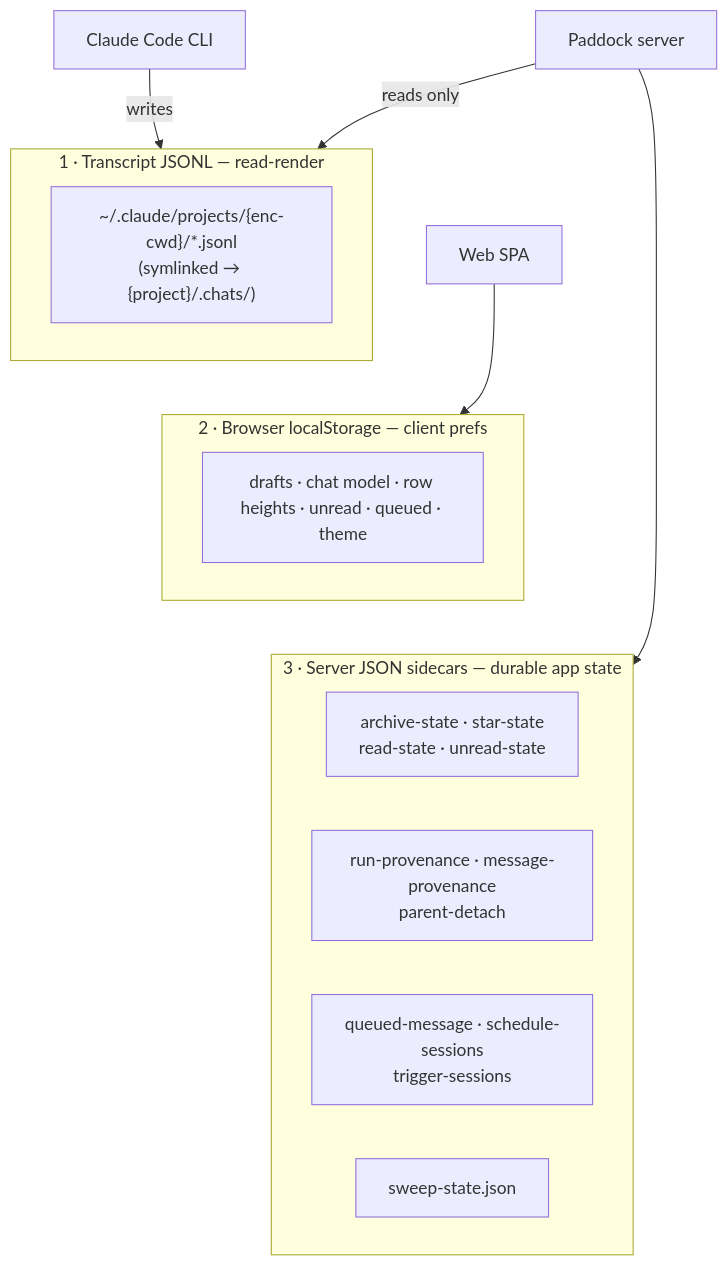
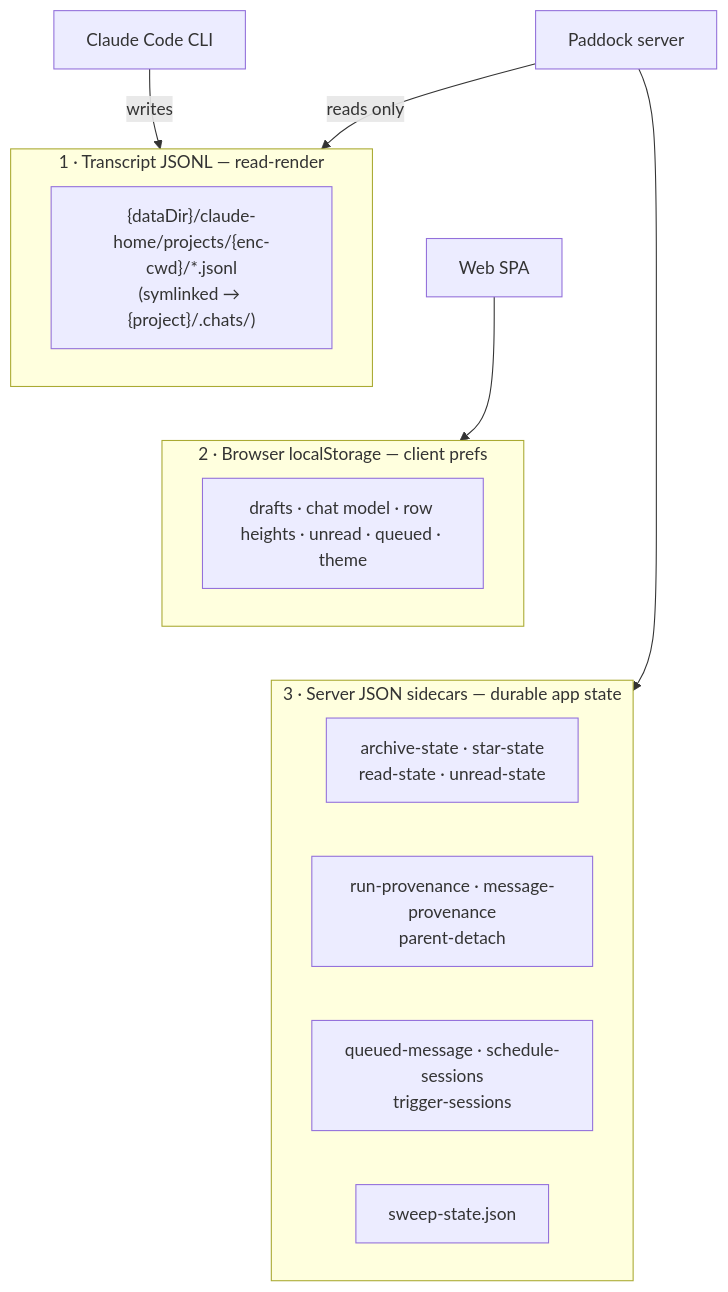
Before and after one commit to edspencer/paddock: the second of 3 diagrams in website/src/content/docs/architecture/overview.md, drawn with Mermaid. The commit also changed other lines of this file and 22 other files, not shown here.

````diff
--- a/website/src/content/docs/architecture/overview.md
+++ b/website/src/content/docs/architecture/overview.md
@@ -137,24 +137,24 @@
 ```mermaid
 flowchart TB
   subgraph C1["1 · Transcript JSONL — read-render"]
-    T["~/.claude/projects/{enc-cwd}/*.jsonl\n(symlinked → {project}/.chats/)"]
+    T["{dataDir}/claude-home/projects/{enc-cwd}/*.jsonl\n(symlinked → {project}/.chats/)"]
   end
   subgraph C2["2 · Browser localStorage — client prefs"]
     L["drafts · chat model · row heights · unread · queued · theme"]
   end
   subgraph C3["3 · Server JSON sidecars — durable app state"]
     A["archive-state · star-state\nread-state · unread-state"]
     R["run-provenance · message-provenance\nparent-detach"]
     Q["queued-message · schedule-sessions\ntrigger-sessions"]
     S["sweep-state.json"]
   end
   Claude["Claude Code CLI"] -->|writes| C1
   Paddock["Paddock server"] -->|reads only| C1
   Web["Web SPA"] --> C2
   Paddock --> C3
   %% The three classes are unconnected, so mermaid ranks them SIDE BY SIDE (1123px
   %% wide, scaled 1.7x down). `~~~` is an invisible link: it forces a vertical
   %% stack without drawing an edge, bringing this to 673px — 1:1 in the column.
   C1 ~~~ C2
   C2 ~~~ C3
 ```
````
